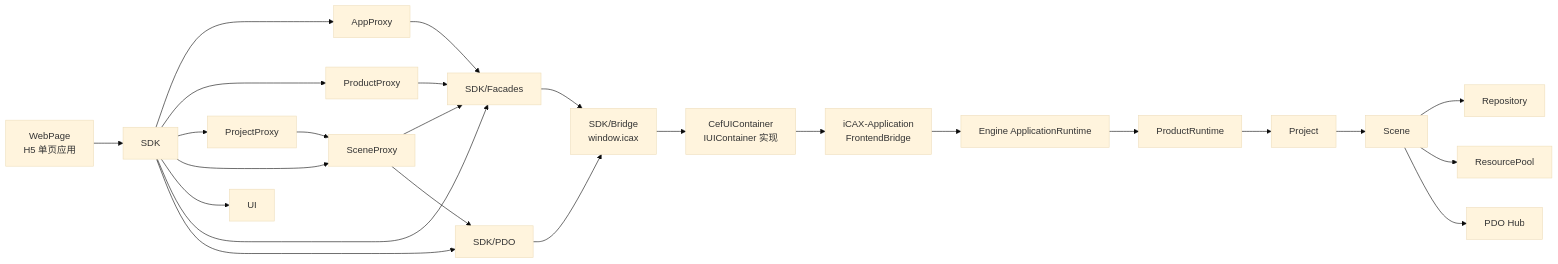
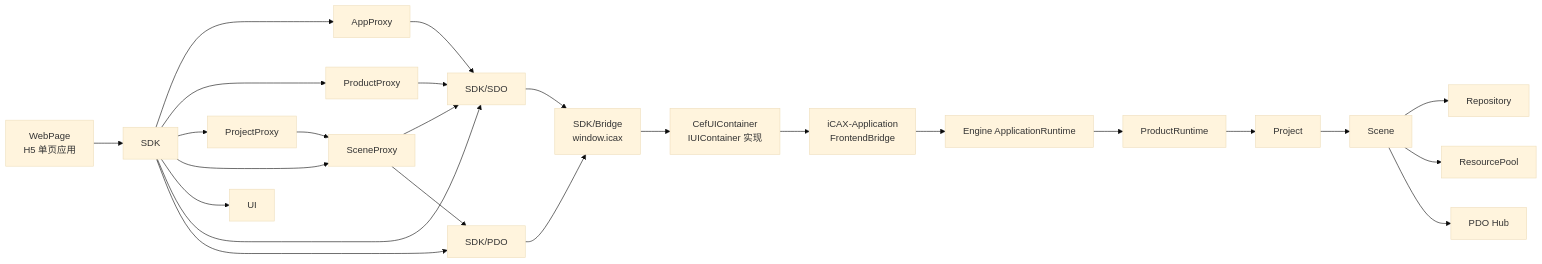
The first of 2 diagrams in doc/iCAX-UI/iCAX-UI设计文档.md (penguinchiang0609-ui/iCAX), drawn with Mermaid (base theme) before and after one commit. The commit also changed other lines of this file and 2290 other files, not shown here.

Commit message:
checkpoint: consolidate SDO and resource architecture

````diff
--- a/doc/iCAX-UI/iCAX-UI设计文档.md
+++ b/doc/iCAX-UI/iCAX-UI设计文档.md
@@ -64,27 +64,27 @@
 ```mermaid
 flowchart LR
     WebPage["WebPage<br/>H5 单页应用"] --> SDK["SDK"]
     SDK --> AppProxy["AppProxy"]
     SDK --> ProductProxy["ProductProxy"]
     SDK --> ProjectProxy["ProjectProxy"]
     SDK --> SceneProxy["SceneProxy"]
     SDK --> UI["UI"]
-    SDK --> Facades["SDK/Facades"]
+    SDK --> SDO["SDK/SDO"]
     SDK --> PDOClient["SDK/PDO"]
-    AppProxy --> Facades
-    ProductProxy --> Facades
+    AppProxy --> SDO
+    ProductProxy --> SDO
     ProjectProxy --> SceneProxy
-    SceneProxy --> Facades
+    SceneProxy --> SDO
     SceneProxy --> PDOClient
     PDOClient --> Bridge["SDK/Bridge<br/>window.icax"]
-    Facades --> Bridge
+    SDO --> Bridge
     Bridge --> CefHost["CefUIContainer<br/>IUIContainer 实现"]
     CefHost --> FrontendBridge["iCAX-Application<br/>FrontendBridge"]
     FrontendBridge --> AppHost["Engine ApplicationRuntime"]
     AppHost --> ProductRuntime["ProductRuntime"]
     ProductRuntime --> Project["Project"]
     Project --> Scene["Scene"]
     Scene --> Repo["Repository"]
     Scene --> Resources["ResourcePool"]
     Scene --> PDO["PDO Hub"]
 ```
````
